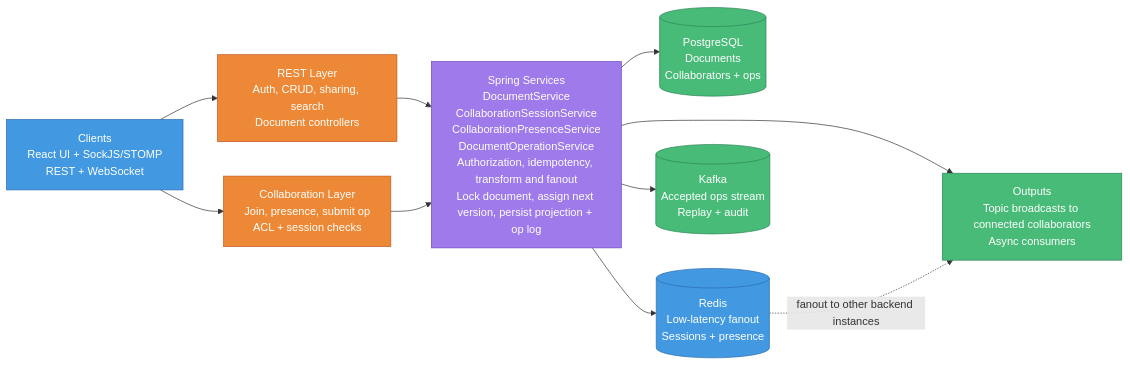
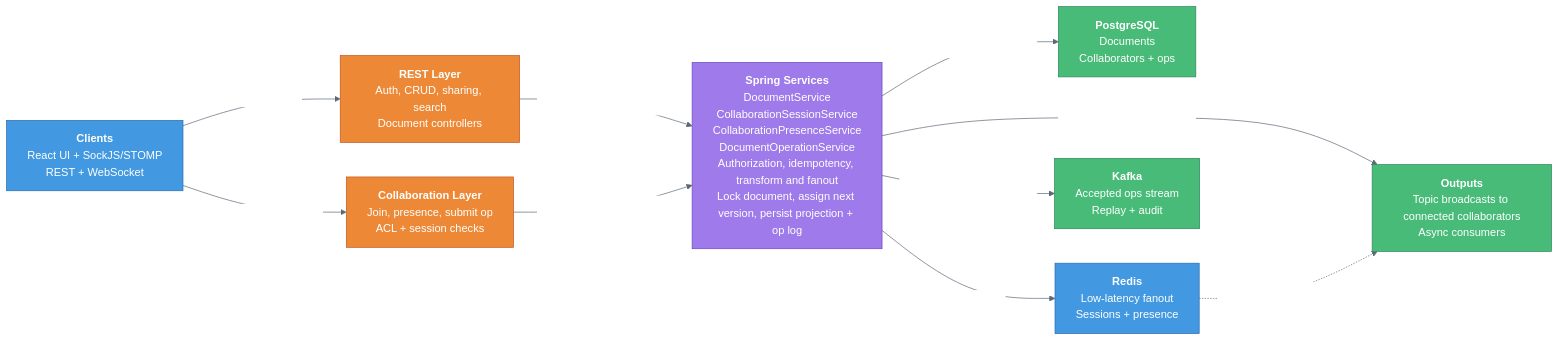
Before and after one commit to Weilei424/collaborative-doc-engine: the first of 2 diagrams in README.md, drawn with Mermaid. The commit also changed other lines of this file, not shown here.

Commit message:
update mermaid diagrams formatting

````diff
--- a/README.md
+++ b/README.md
@@ -50,31 +50,40 @@
 ```mermaid
+%%{init: {
+  'theme': 'base',
+  'themeVariables': {
+    'primaryTextColor': '#ffffff',
+    'lineColor': '#5b6875',
+    'edgeLabelBackground': '#ffffff'
+  },
+  'themeCSS': '.edgeLabel rect { fill: #ffffff !important; opacity: 1 !important; } .edgeLabel span, .edgeLabel p, .edgeLabel foreignObject { color: #111111 !important; }'
+}}%%
 flowchart LR
-    C[Clients<br/>React UI + SockJS/STOMP<br/>REST + WebSocket]
-    R[REST Layer<br/>Auth, CRUD, sharing, search<br/>Document controllers]
-    W[Collaboration Layer<br/>Join, presence, submit op<br/>ACL + session checks]
-    S[Spring Services<br/>DocumentService<br/>CollaborationSessionService<br/>CollaborationPresenceService<br/>DocumentOperationService<br/>Authorization, idempotency, transform and fanout<br/>Lock document, assign next version, persist projection + op log]
-    P[(PostgreSQL<br/>Documents<br/>Collaborators + ops)]
-    Redis[(Redis<br/>Low-latency fanout<br/>Sessions + presence)]
-    K[(Kafka<br/>Accepted ops stream<br/>Replay + audit)]
-    O[Outputs<br/>Topic broadcasts to connected collaborators<br/>Async consumers]
+    C["<b>Clients</b><br/>React UI + SockJS/STOMP<br/>REST + WebSocket"]
+    R["<b>REST Layer</b><br/>Auth, CRUD, sharing, search<br/>Document controllers"]
+    W["<b>Collaboration Layer</b><br/>Join, presence, submit op<br/>ACL + session checks"]
+    S["<b>Spring Services</b><br/>DocumentService<br/>CollaborationSessionService<br/>CollaborationPresenceService<br/>DocumentOperationService<br/>Authorization, idempotency, transform and fanout<br/>Lock document, assign next version, persist projection + op log"]
+    P["<b>PostgreSQL</b><br/>Documents<br/>Collaborators + ops"]
+    Redis["<b>Redis</b><br/>Low-latency fanout<br/>Sessions + presence"]
+    K["<b>Kafka</b><br/>Accepted ops stream<br/>Replay + audit"]
+    O["<b>Outputs</b><br/>Topic broadcasts to connected collaborators<br/>Async consumers"]
 
-    C --> R
-    C --> W
-    R --> S
-    W --> S
-    S --> P
-    S --> Redis
-    S --> K
-    S --> O
-    Redis -. fanout to other backend instances .-> O
+    C -->|CRUD and fetch| R
+    C -->|join, presence, submit op| W
+    R -->|server-authoritative ordering| S
+    W -->|validate ACL and session state| S
+    S -->|persist projection and op log| P
+    S -->|hot-path fanout| Redis
+    S -->|after-commit durable stream| K
+    S -->|broadcast accepted operation| O
+    Redis -.->|fanout to other backend instances| O
 
     classDef data fill:#4299e1,stroke:#2b6cb0,color:#ffffff;
     classDef process fill:#ed8936,stroke:#c05621,color:#ffffff;
     classDef service fill:#9f7aea,stroke:#6b46c1,color:#ffffff;
     classDef durable fill:#48bb78,stroke:#2f855a,color:#ffffff;
 
     class C,Redis data;
     class R,W process;
     class S service;
     class P,K,O durable;
 ```
````
